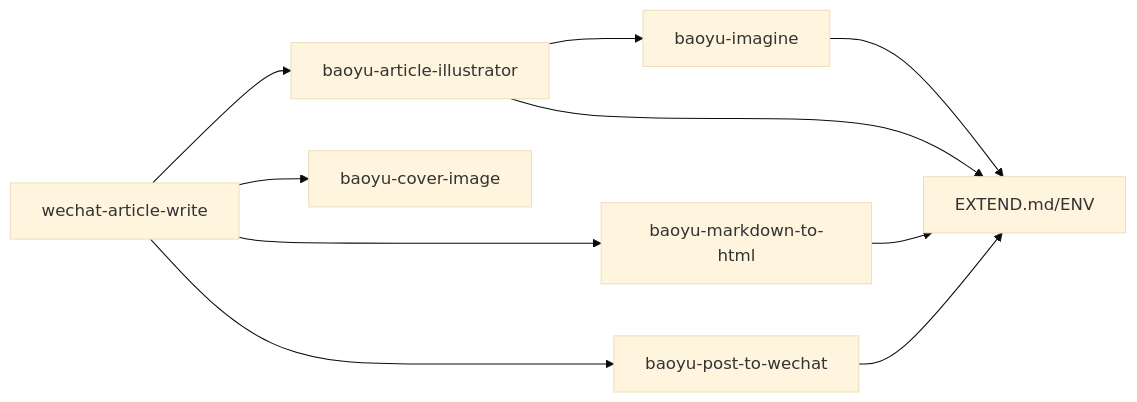
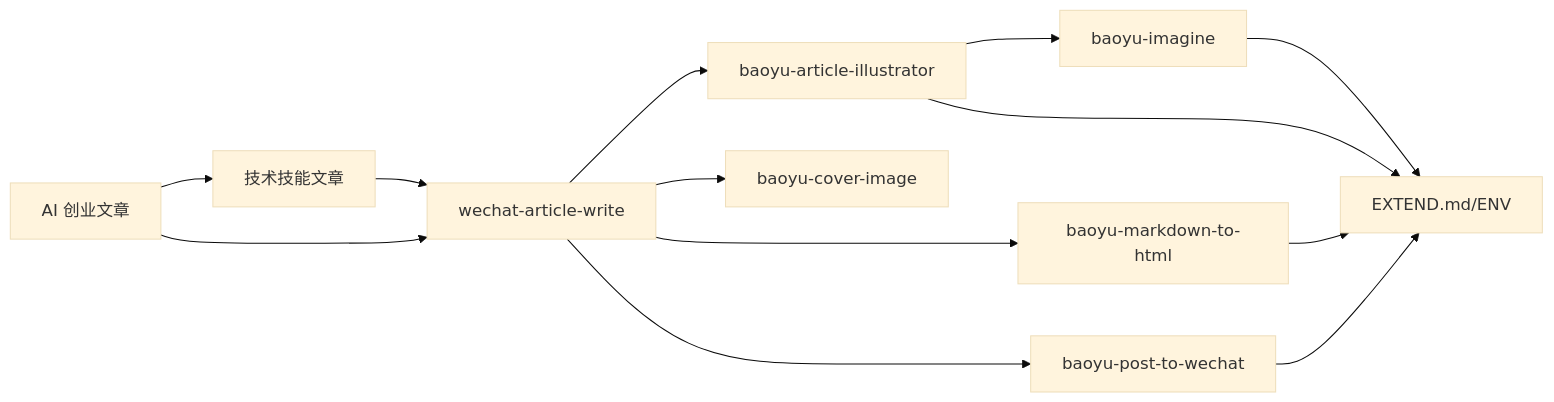
Before and after one commit to NTLx/ntlx.github.io: the eighth of 8 diagrams in .qoder/repowiki/zh/content/AI 技能系统/AI 技能系统.md, drawn with Mermaid (base theme). The commit also changed other lines of this file and 10 other files, not shown here.

````diff
--- a/.qoder/repowiki/zh/content/AI 技能系统/AI 技能系统.md
+++ b/.qoder/repowiki/zh/content/AI 技能系统/AI 技能系统.md
@@ -315,12 +299,15 @@
 ```mermaid
 graph LR
 WA["wechat-article-write"] --> AC["baoyu-article-illustrator"]
 WA --> CI["baoyu-cover-image"]
 WA --> MT["baoyu-markdown-to-html"]
 WA --> PW["baoyu-post-to-wechat"]
 AC --> IM["baoyu-imagine"]
 AC --> ENV["EXTEND.md/ENV"]
 PW --> ENV
 IM --> ENV
 MT --> ENV
+AI["AI 创业文章"] --> TECH["技术技能文章"]
+TECH --> WA
+AI --> WA
 ```
````
